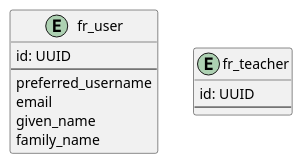
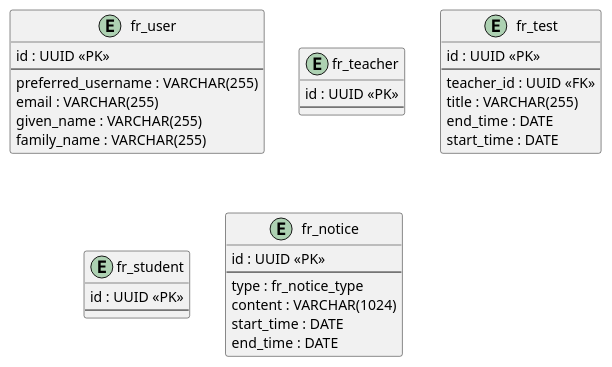
The diagram in hugo/content/docs/explanation/server-logistics/schema.puml (2526-4ahitm-itp/2526-4ahitm-franklyn), drawn with PlantUML before and after one commit.

Commit message:
docs: all entities in ERD

```diff
--- a/hugo/content/docs/explanation/server-logistics/schema.puml
+++ b/hugo/content/docs/explanation/server-logistics/schema.puml
@@ -1,20 +1,41 @@
 @startuml
 
 ' Styling to make the diagram cleaner
 skinparam classAttributeIconSize 0
 skinparam linetype ortho
 
-entity "fr_user" as fr_user {
- id: UUID
- --
- preferred_username
- email
- given_name
- family_name
+entity fr_user {
+     id : UUID <<PK>>
+     --
+     preferred_username : VARCHAR(255)
+     email : VARCHAR(255)
+     given_name : VARCHAR(255)
+     family_name : VARCHAR(255)
 }
-entity "fr_teacher" as fr_teacher {
-id: UUID
---
+entity fr_teacher {
+    id : UUID <<PK>>
+    --
+}
+entity fr_test {
+    id : UUID <<PK>>
+    --
+    teacher_id : UUID <<FK>>
+    title : VARCHAR(255)
+    end_time : DATE
+    start_time : DATE
+}
+entity fr_student {
+    id : UUID <<PK>>
+    --
+}
+entity fr_notice {
+    id : UUID <<PK>>
+    --
+    type : fr_notice_type
+    content : VARCHAR(1024)
+    start_time : DATE
+    end_time : DATE
 }
 
+
 @enduml
```
